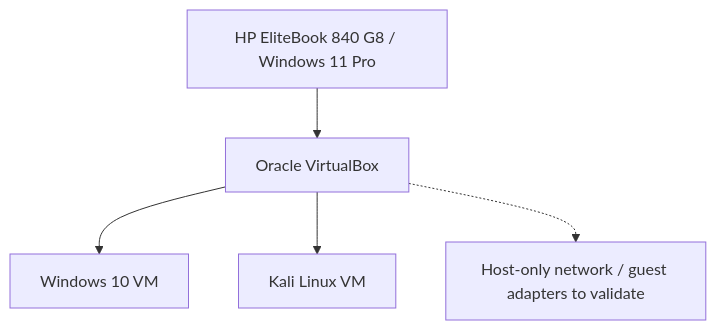
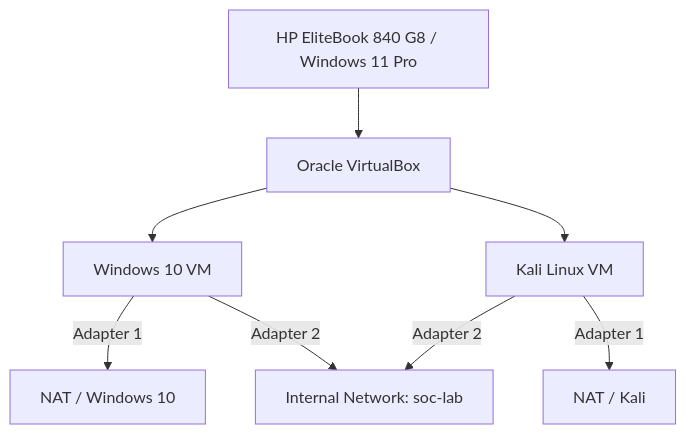
One commit to bemerson24/cybersecurity-virtual-lab-environment changed the diagram in README.md. Above: the diagram before and after it, drawn with Mermaid. The commit also changed other lines of this file, not shown here.

Commit message:
Reconcile VirtualBox README with verified NAT and soc-lab network inventory

````diff
--- a/README.md
+++ b/README.md
@@ -37,7 +37,10 @@
 ```mermaid
 flowchart TB
     HOST["HP EliteBook 840 G8 / Windows 11 Pro"] --> VB["Oracle VirtualBox"]
     VB --> W10["Windows 10 VM"]
     VB --> KALI["Kali Linux VM"]
-    VB -.-> HN["Host-only network / guest adapters to validate"]
+    W10 -->|"Adapter 1"| NAT1["NAT / Windows 10"]
+    KALI -->|"Adapter 1"| NAT2["NAT / Kali"]
+    W10 -->|"Adapter 2"| SOC["Internal Network: soc-lab"]
+    KALI -->|"Adapter 2"| SOC
 ```
````
